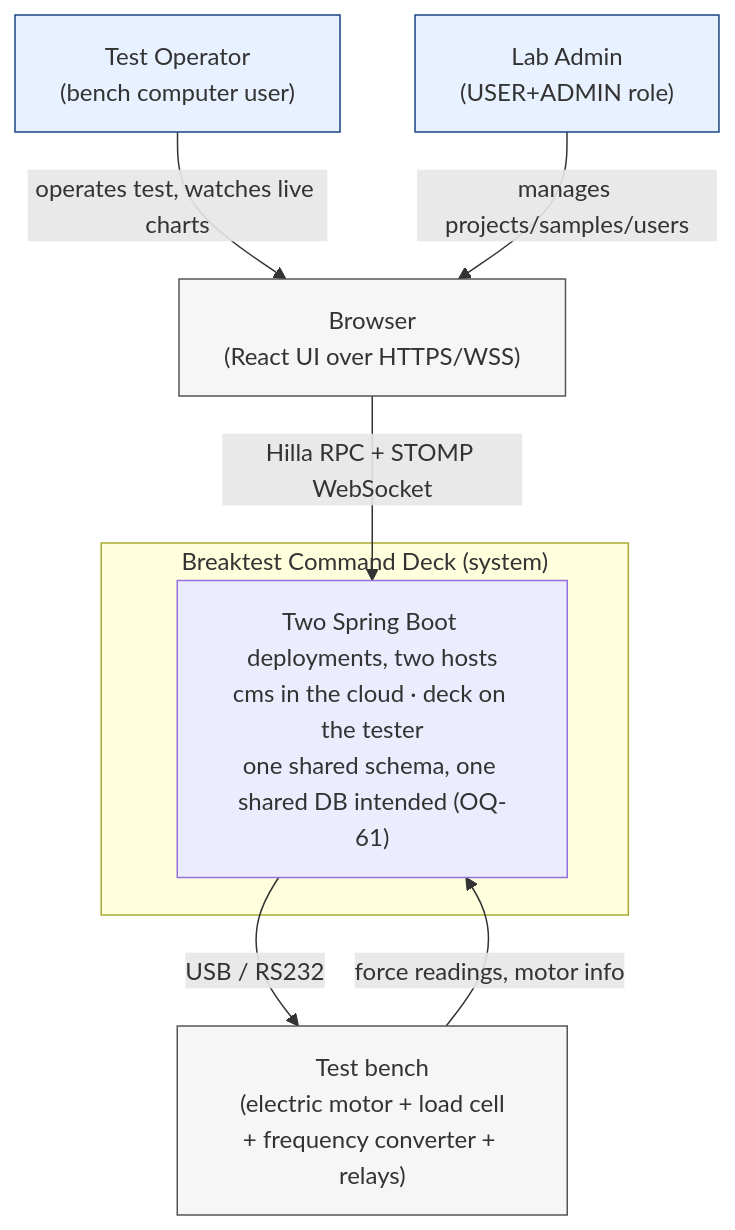
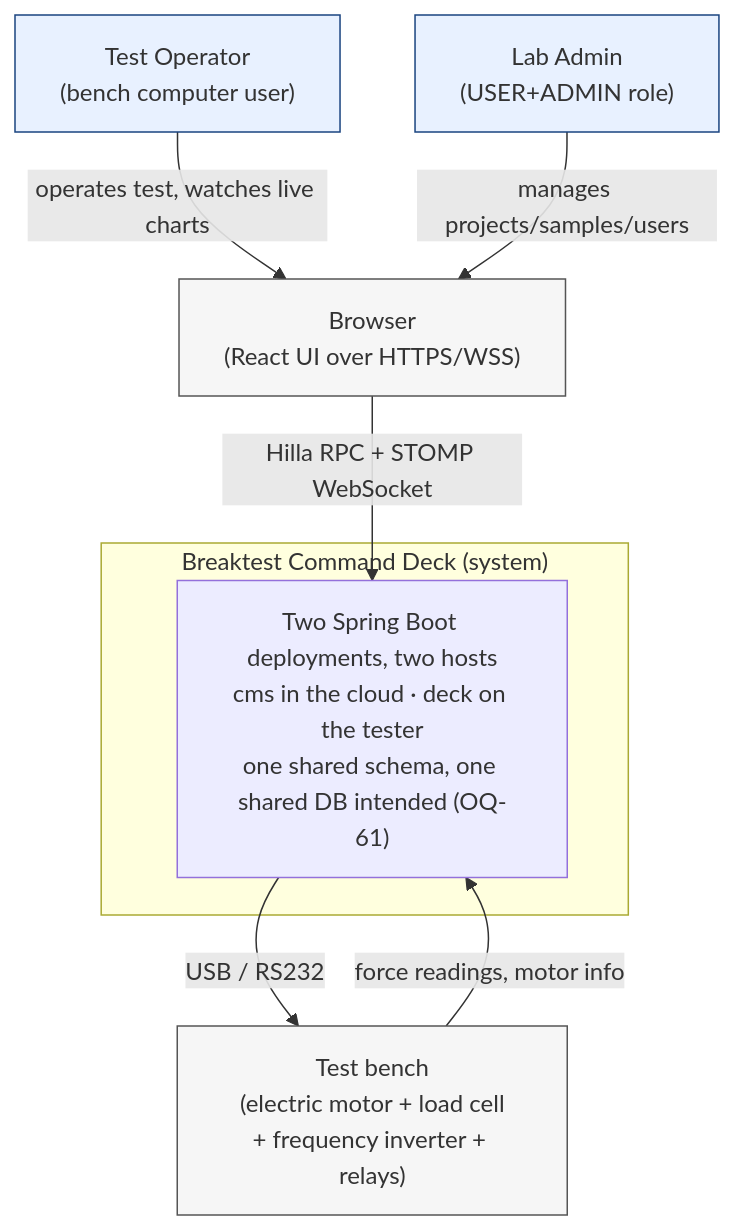
The first of 2 diagrams in doc/01-overview/system-architecture.md (rupfizupfi/breaktest-command-deck), drawn with Mermaid before and after one commit. The commit also changed other lines of this file and 29 other files, not shown here.

````diff
--- a/doc/01-overview/system-architecture.md
+++ b/doc/01-overview/system-architecture.md
@@ -21,21 +21,21 @@
 ```mermaid
 flowchart TB
     OP["Test Operator<br/>(bench computer user)"]:::actor
     AD["Lab Admin<br/>(USER+ADMIN role)"]:::actor
 
     subgraph SUT["Breaktest Command Deck (system)"]
         SYS["Two Spring Boot deployments, two hosts<br/>cms in the cloud · deck on the tester<br/>one shared schema, one shared DB intended (OQ-61)"]
     end
 
-    HW["Test bench<br/>(electric motor + load cell<br/>+ frequency converter + relays)"]:::external
+    HW["Test bench<br/>(electric motor + load cell<br/>+ frequency inverter + relays)"]:::external
     BR["Browser<br/>(React UI over HTTPS/WSS)"]:::external
 
     OP -->|operates test, watches live charts| BR
     AD -->|manages projects/samples/users| BR
     BR -->|Hilla RPC + STOMP WebSocket| SYS
     SYS -->|USB / RS232| HW
     HW -->|force readings, motor info| SYS
 
     classDef actor fill:#e8f1ff,stroke:#1a4480
     classDef external fill:#f6f6f6,stroke:#555
 ```
````
